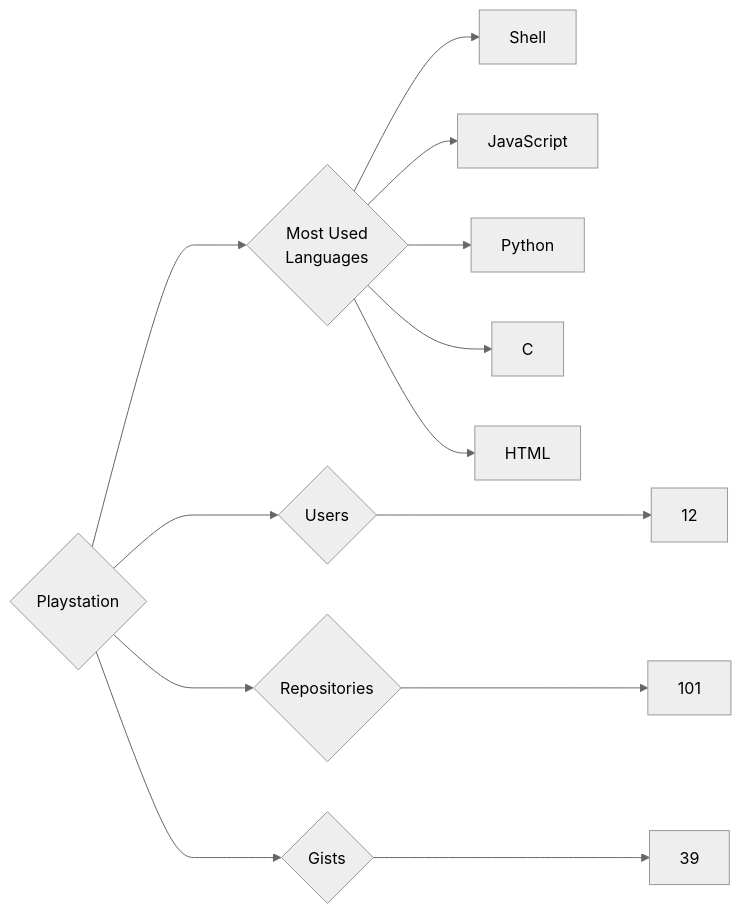
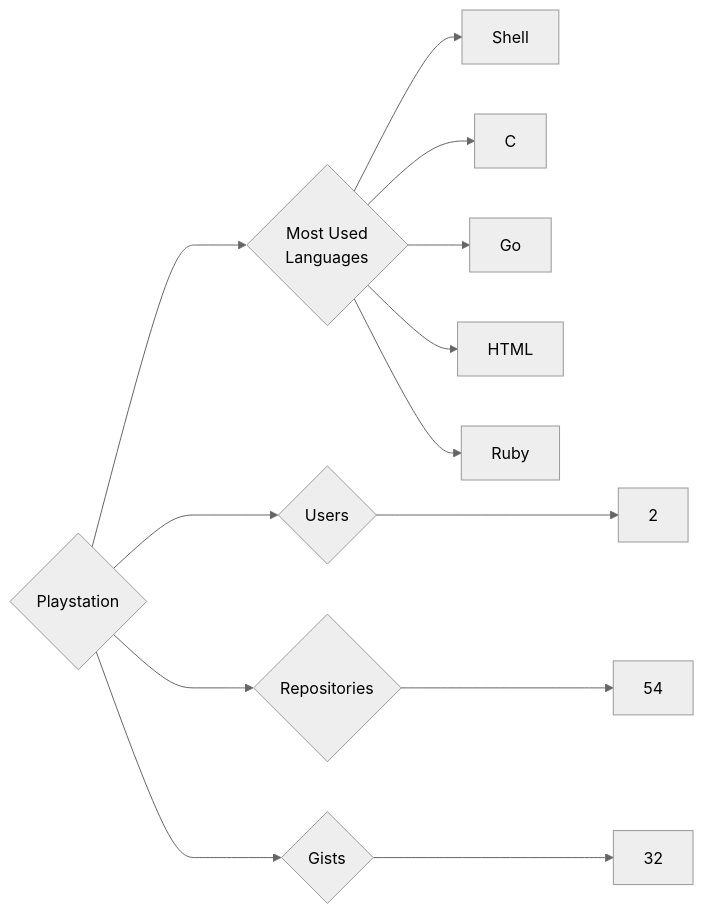
Before and after one commit to trickest/insiders: the diagram in targets/Playstation/README.md, drawn with Mermaid (neutral theme). The commit also changed 815 other files, not shown here.

````diff
--- a/targets/Playstation/README.md
+++ b/targets/Playstation/README.md
@@ -3,13 +3,13 @@
 ```mermaid
 graph LR
 COMPANY_NAME{Playstation}
-COMPANY_NAME ---> U{Users} ---> UN[12]
-COMPANY_NAME ---> R{Repositories} ---> RN[101]
-COMPANY_NAME ---> G{Gists} ---> GN[39]
+COMPANY_NAME ---> U{Users} ---> UN[2]
+COMPANY_NAME ---> R{Repositories} ---> RN[54]
+COMPANY_NAME ---> G{Gists} ---> GN[32]
 COMPANY_NAME ---> ML{Most Used<br>Languages}
 ML --> Shell[Shell]
-ML --> JavaScript[JavaScript]
-ML --> Python[Python]
 ML --> C[C]
+ML --> Go[Go]
 ML --> HTML[HTML]
+ML --> Ruby[Ruby]
 ```
````
